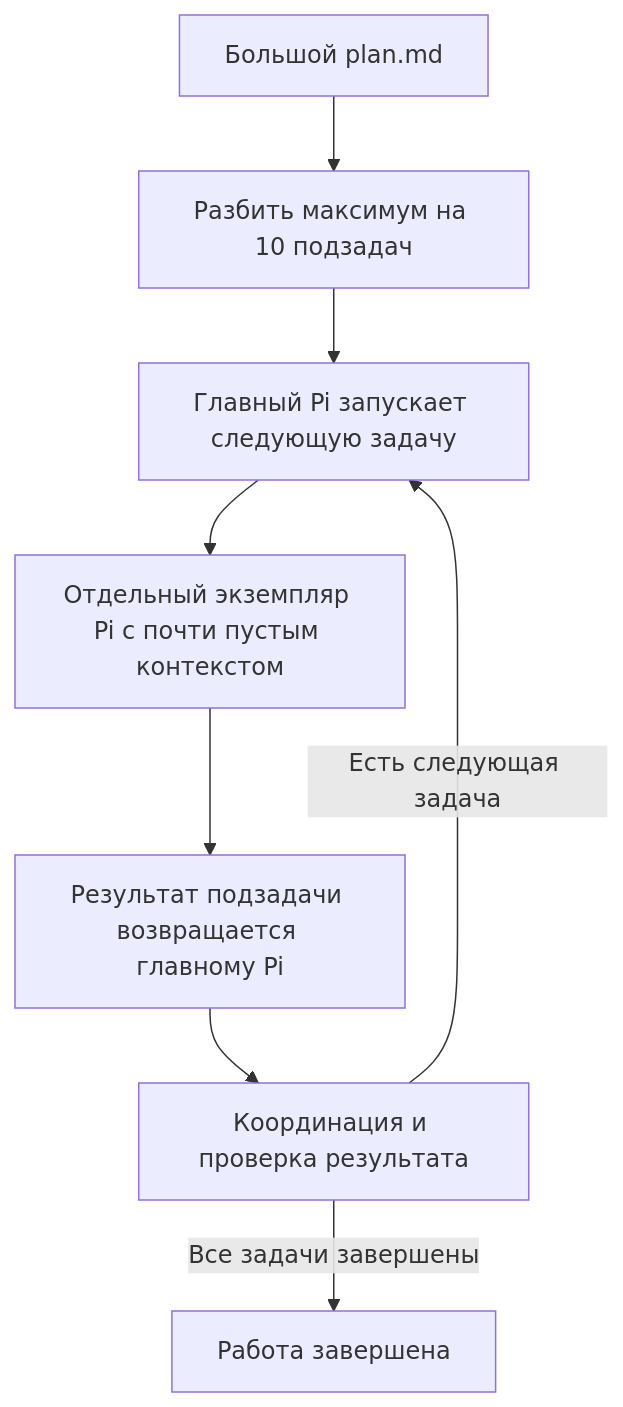
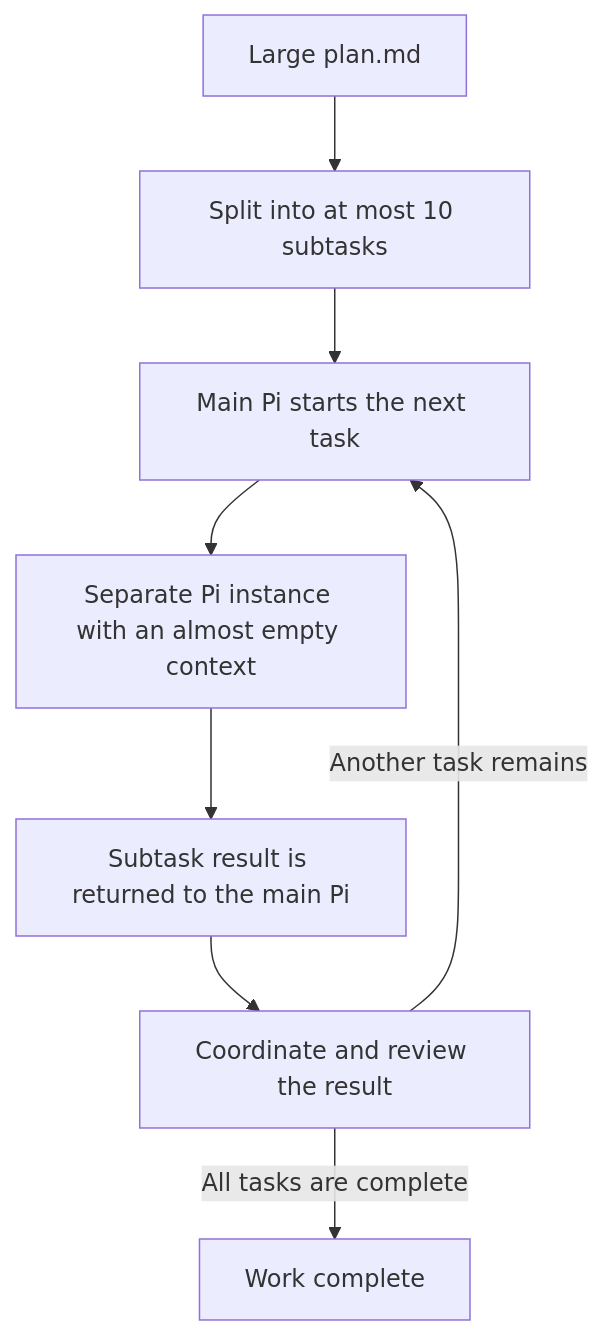
One commit to evgenyigumnov/subtask4llm changed the fifth of 7 diagrams in article.en.md. Above: the diagram before and after it, drawn with Mermaid. The commit also changed other lines of this file, not shown here.

````diff
--- a/article.en.md
+++ b/article.en.md
@@ -80,10 +79,10 @@
 ```mermaid
 flowchart TB
-  plan["Большой plan.md"] --> split["Разбить максимум на 10 подзадач"]
-  split --> start["Главный Pi запускает следующую задачу"]
-  start --> worker["Отдельный экземпляр Pi с почти пустым контекстом"]
-  worker --> result["Результат подзадачи возвращается главному Pi"]
-  result --> review["Координация и проверка результата"]
-  review -->|"Есть следующая задача"| start
-  review -->|"Все задачи завершены"| done["Работа завершена"]
+  plan["Large plan.md"] --> split["Split into at most 10 subtasks"]
+  split --> start["Main Pi starts the next task"]
+  start --> worker["Separate Pi instance with an almost empty context"]
+  worker --> result["Subtask result is returned to the main Pi"]
+  result --> review["Coordinate and review the result"]
+  review -->|"Another task remains"| start
+  review -->|"All tasks are complete"| done["Work complete"]
 ```
````
